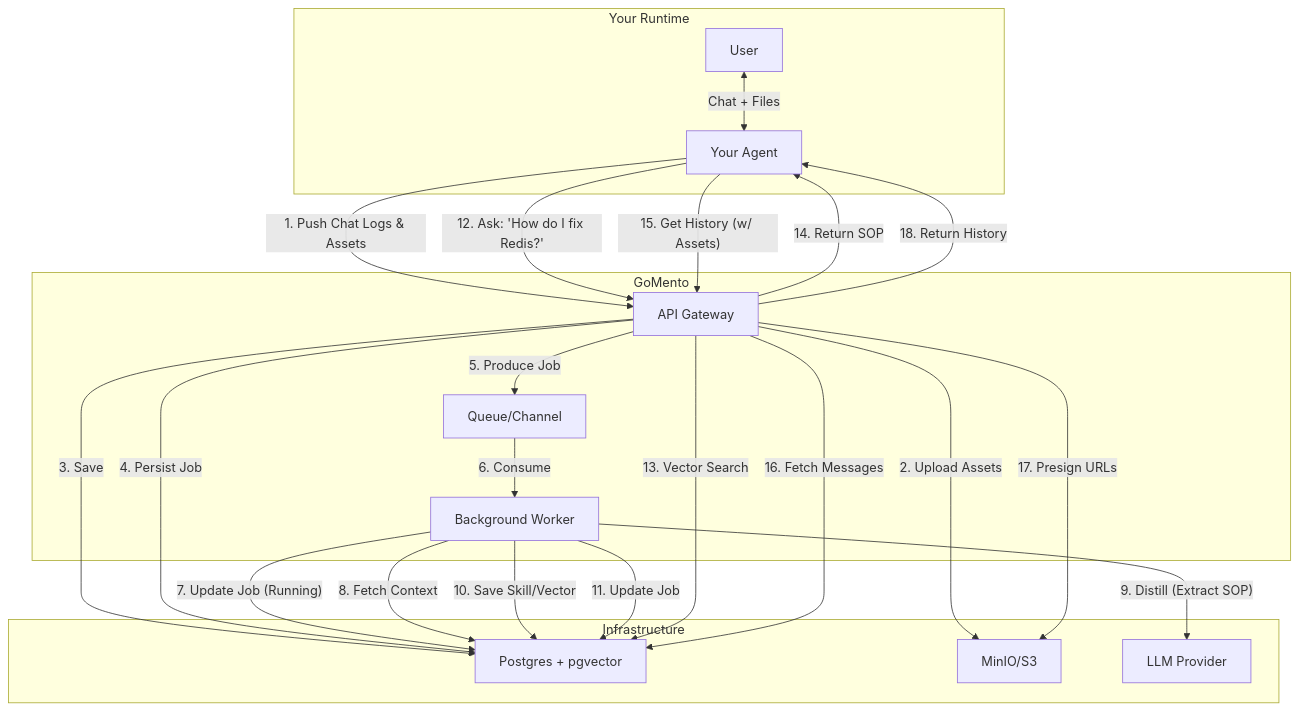
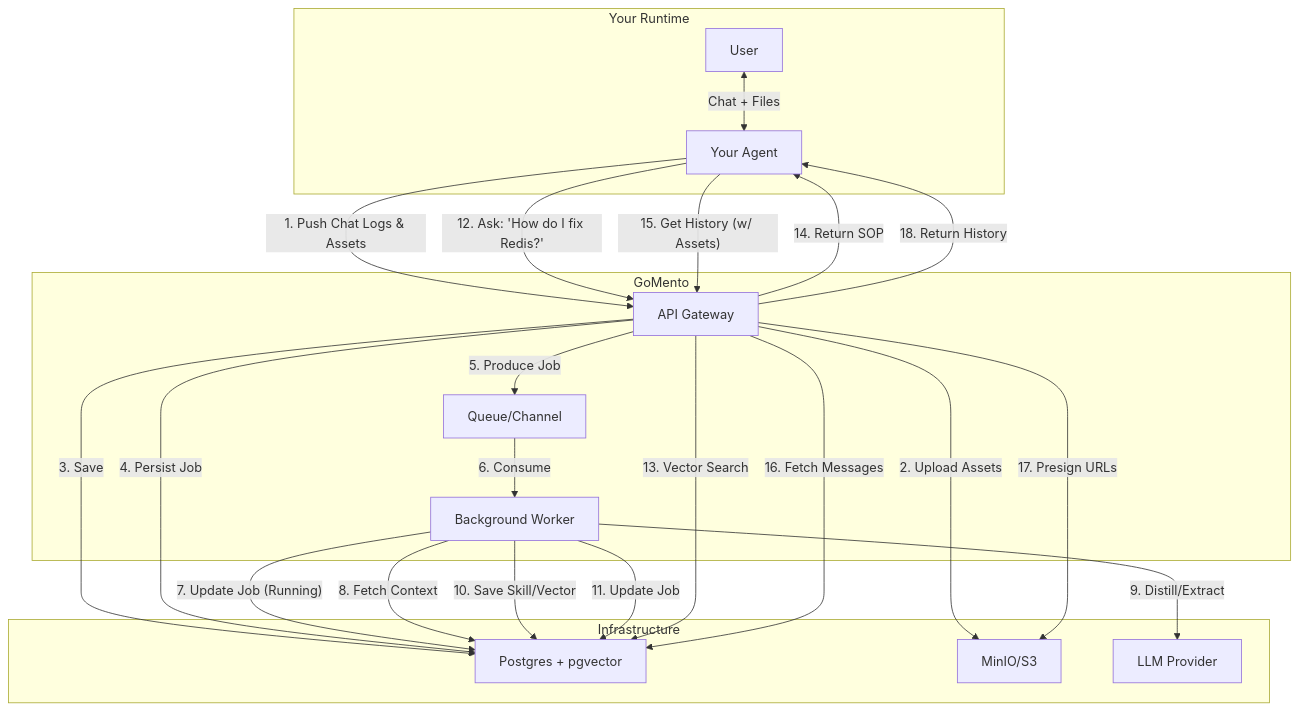
The first of 2 diagrams in README.md (w-h-a/gomento), drawn with Mermaid before and after one commit. The commit also changed other lines of this file and 19 other files, not shown here.

````diff
--- a/README.md
+++ b/README.md
@@ -23,44 +23,44 @@
 ```mermaid
 graph TD
     subgraph "Your Runtime"
         User[User] <-->|Chat + Files| Agent[Your Agent]
     end
 
     subgraph "GoMento"
         API[API Gateway]
         Queue[Queue/Channel]
         Worker[Background Worker]
     end
 
     subgraph "Infrastructure"
         Postgres[Postgres + pgvector]
         MinIO[MinIO/S3]
         LLM[LLM Provider]
     end
 
     %% Flow 1: Storing Context
     Agent -- "1. Push Chat Logs & Assets" --> API
     API -- "2. Upload Assets" --> MinIO
     API -- "3. Save" --> Postgres
     API -- "4. Persist Job" --> Postgres
     API -- "5. Produce Job" --> Queue
     
-    %% Flow 2: Distillation
+    %% Flow 2: Interpretation
     Queue -- "6. Consume" --> Worker
     Worker -- "7. Update Job (Running)" --> Postgres
     Worker -- "8. Fetch Context" --> Postgres
-    Worker -- "9. Distill (Extract SOP)" --> LLM
+    Worker -- "9. Distill/Extract" --> LLM
     Worker -- "10. Save Skill/Vector" --> Postgres
     Worker -- "11. Update Job" --> Postgres
 
     %% Flow 3: Retrieval (Skills)
     Agent -- "12. Ask: 'How do I fix Redis?'" --> API
     API -- "13. Vector Search" --> Postgres
     API -- "14. Return SOP" --> Agent
 
     %% Flow 4: Retrieval (Messages + Assets)
     Agent -- "15. Get History (w/ Assets)" --> API
     API -- "16. Fetch Messages" --> Postgres
     API -- "17. Presign URLs" --> MinIO
     API -- "18. Return History" --> Agent
 ```
````
